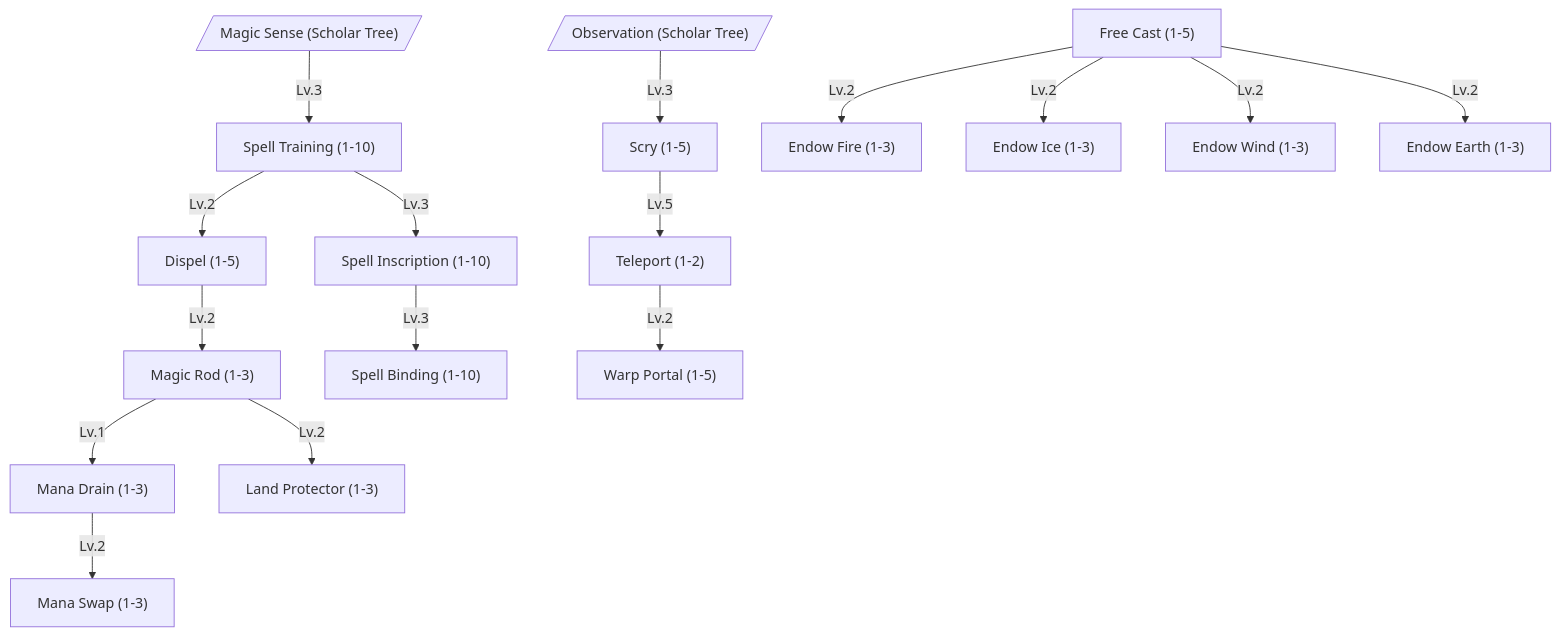
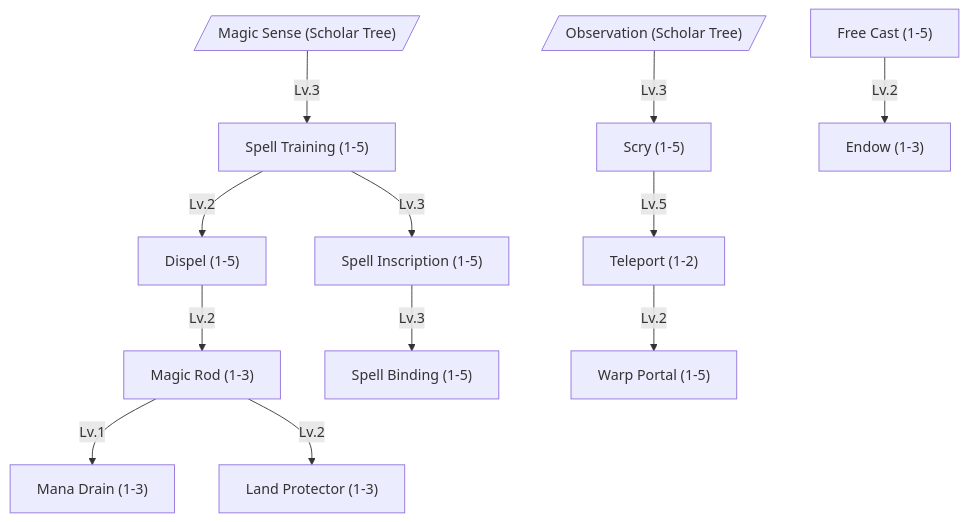
One commit to tfelix/bestia-docs changed diagram 13 of 20 in content/docs/mechanics/master.md. Above: the diagram before and after it, drawn with Mermaid. The commit also changed other lines of this file, not shown here.

````diff
--- a/content/docs/mechanics/master.md
+++ b/content/docs/mechanics/master.md
@@ -1600,40 +1602,32 @@
 ```mermaid
 graph TD
     MagicSense[/"Magic Sense (Scholar Tree)"/]
     Observation[/"Observation (Scholar Tree)"/]
-    SpellTraining["Spell Training (1-10)"]
+    SpellTraining["Spell Training (1-5)"]
     FreeCast["Free Cast (1-5)"]
     Scry["Scry (1-5)"]
     Dispel["Dispel (1-5)"]
-    SpellInscription["Spell Inscription (1-10)"]
-    SpellBinding["Spell Binding (1-10)"]
+    SpellInscription["Spell Inscription (1-5)"]
+    SpellBinding["Spell Binding (1-5)"]
     Teleport["Teleport (1-2)"]
     WarpPortal["Warp Portal (1-5)"]
     MagicRod["Magic Rod (1-3)"]
     ManaDrain["Mana Drain (1-3)"]
-    ManaSwap["Mana Swap (1-3)"]
     LandProtector["Land Protector (1-3)"]
-    EndowFire["Endow Fire (1-3)"]
-    EndowIce["Endow Ice (1-3)"]
-    EndowWind["Endow Wind (1-3)"]
-    EndowEarth["Endow Earth (1-3)"]
+    Endow["Endow (1-3)"]
 
     MagicSense -->|Lv.3| SpellTraining
     Observation -->|Lv.3| Scry
     SpellTraining -->|Lv.2| Dispel
     SpellTraining -->|Lv.3| SpellInscription
     SpellInscription -->|Lv.3| SpellBinding
 
     Scry -->|Lv.5| Teleport
     Teleport -->|Lv.2| WarpPortal
 
     Dispel -->|Lv.2| MagicRod
     MagicRod -->|Lv.1| ManaDrain
-    ManaDrain -->|Lv.2| ManaSwap
     MagicRod -->|Lv.2| LandProtector
 
-    FreeCast -->|Lv.2| EndowFire
-    FreeCast -->|Lv.2| EndowIce
-    FreeCast -->|Lv.2| EndowWind
-    FreeCast -->|Lv.2| EndowEarth
+    FreeCast -->|Lv.2| Endow
 ```
````
